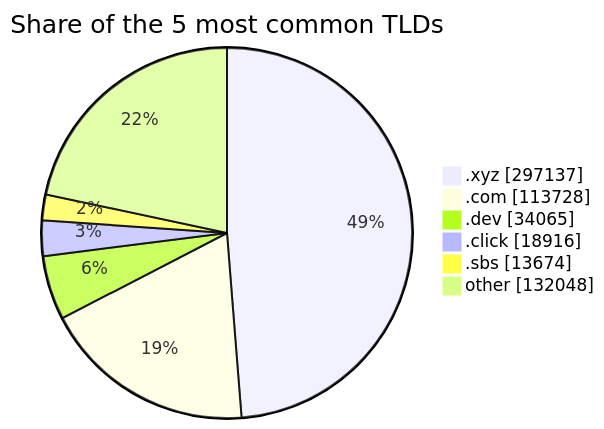
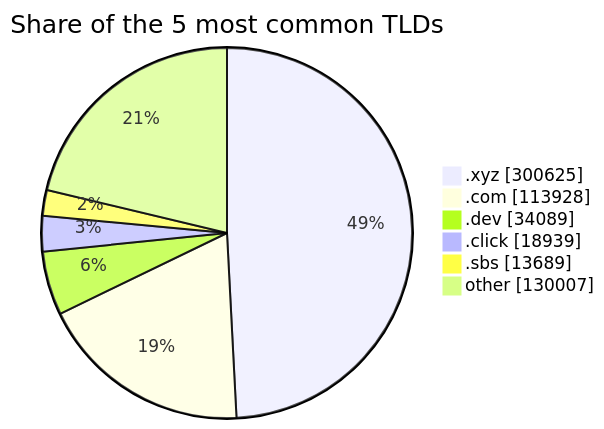
Before and after one commit to DNSBunker/CTI: the third of 3 diagrams in README.md, drawn with Mermaid. The commit also changed other lines of this file and 3 other files, not shown here.

````diff
--- a/README.md
+++ b/README.md
@@ -81,9 +81,9 @@
 ```mermaid
 pie showData title Share of the 5 most common TLDs
-    ".xyz" : 297137
-    ".com" : 113728
-    ".dev" : 34065
-    ".click" : 18916
-    ".sbs" : 13674
-    "other" : 132048
+    ".xyz" : 300625
+    ".com" : 113928
+    ".dev" : 34089
+    ".click" : 18939
+    ".sbs" : 13689
+    "other" : 130007
 ```
````
